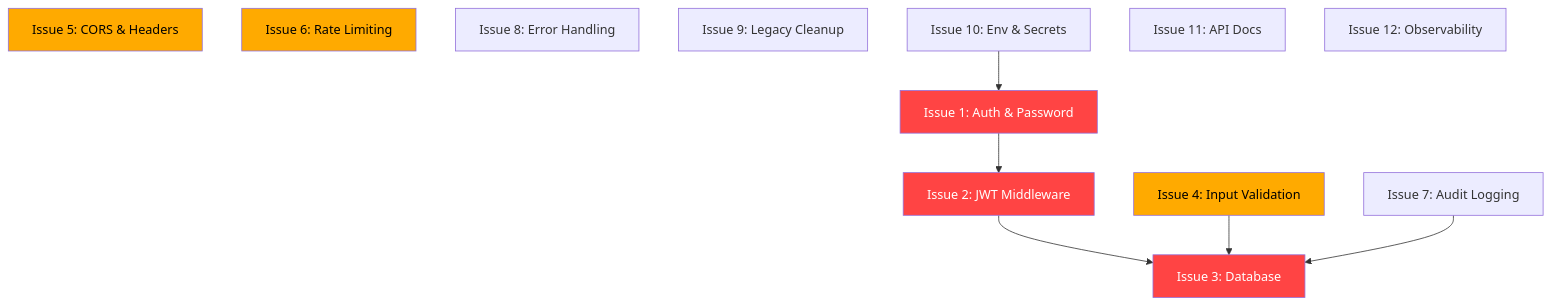
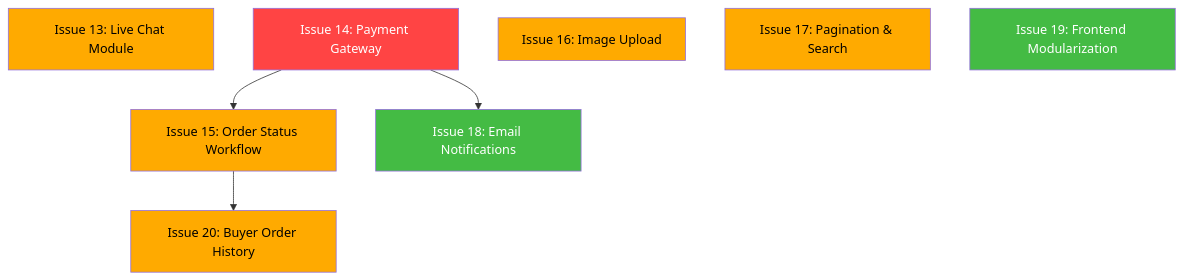
The diagram in issues/README.md (cobacobiy/program1), drawn with Mermaid before and after one commit. The commit also changed other lines of this file and 8 other files, not shown here.

````diff
--- a/issues/README.md
+++ b/issues/README.md
@@ -48,21 +65,24 @@
 ```mermaid
 graph TD
-    I1["Issue 1: Auth & Password"] --> I2["Issue 2: JWT Middleware"]
-    I2 --> I3["Issue 3: Database"]
-    I4["Issue 4: Input Validation"] --> I3
-    I5["Issue 5: CORS & Headers"]
-    I6["Issue 6: Rate Limiting"]
-    I7["Issue 7: Audit Logging"] --> I3
-    I8["Issue 8: Error Handling"]
-    I9["Issue 9: Legacy Cleanup"]
-    I10["Issue 10: Env & Secrets"] --> I1
-    I11["Issue 11: API Docs"]
-    I12["Issue 12: Observability"]
+    I13["Issue 13: Live Chat Module"]
+    I14["Issue 14: Payment Gateway"]
+    I15["Issue 15: Order Status Workflow"]
+    I16["Issue 16: Image Upload"]
+    I17["Issue 17: Pagination & Search"]
+    I18["Issue 18: Email Notifications"]
+    I19["Issue 19: Frontend Modularization"]
+    I20["Issue 20: Buyer Order History"]
 
-    style I1 fill:#ff4444,color:#fff
-    style I2 fill:#ff4444,color:#fff
-    style I3 fill:#ff4444,color:#fff
-    style I4 fill:#ffaa00,color:#000
-    style I5 fill:#ffaa00,color:#000
-    style I6 fill:#ffaa00,color:#000
+    I14 --> I15
+    I14 --> I18
+    I15 --> I20
+
+    style I14 fill:#ff4444,color:#fff
+    style I13 fill:#ffaa00,color:#000
+    style I15 fill:#ffaa00,color:#000
+    style I16 fill:#ffaa00,color:#000
+    style I17 fill:#ffaa00,color:#000
+    style I20 fill:#ffaa00,color:#000
+    style I18 fill:#44bb44,color:#fff
+    style I19 fill:#44bb44,color:#fff
 ```
````
